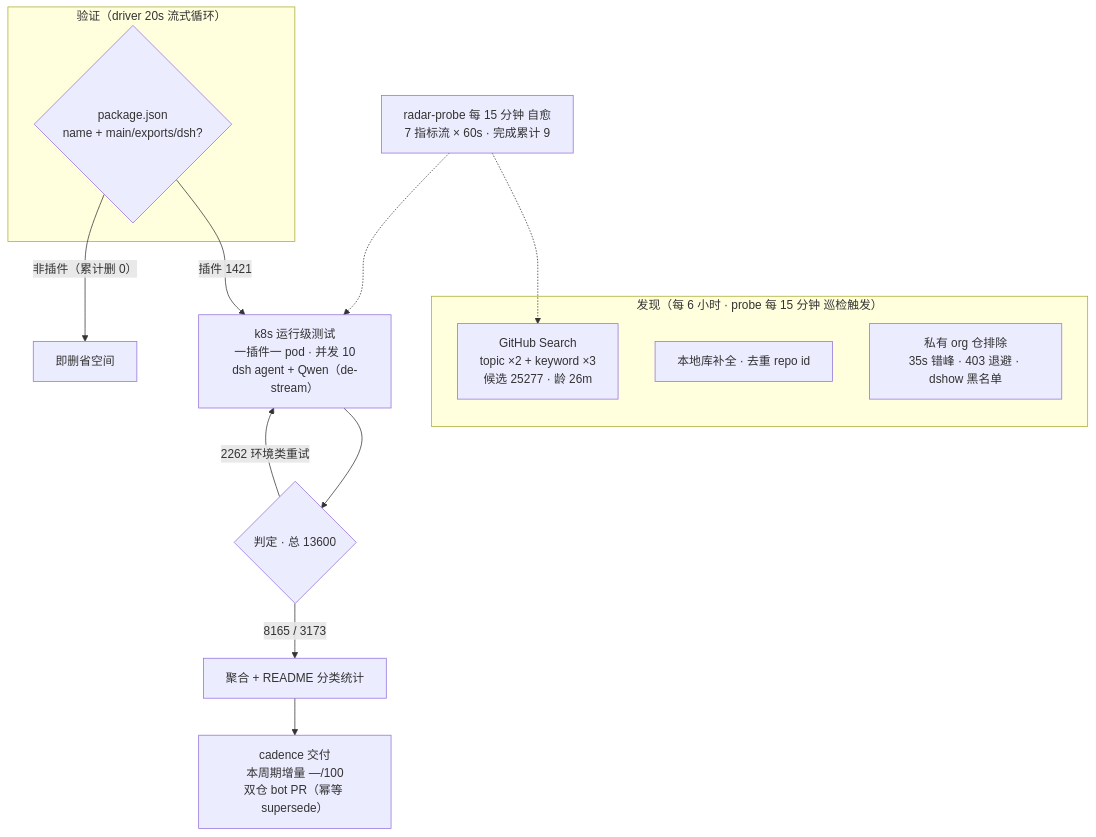
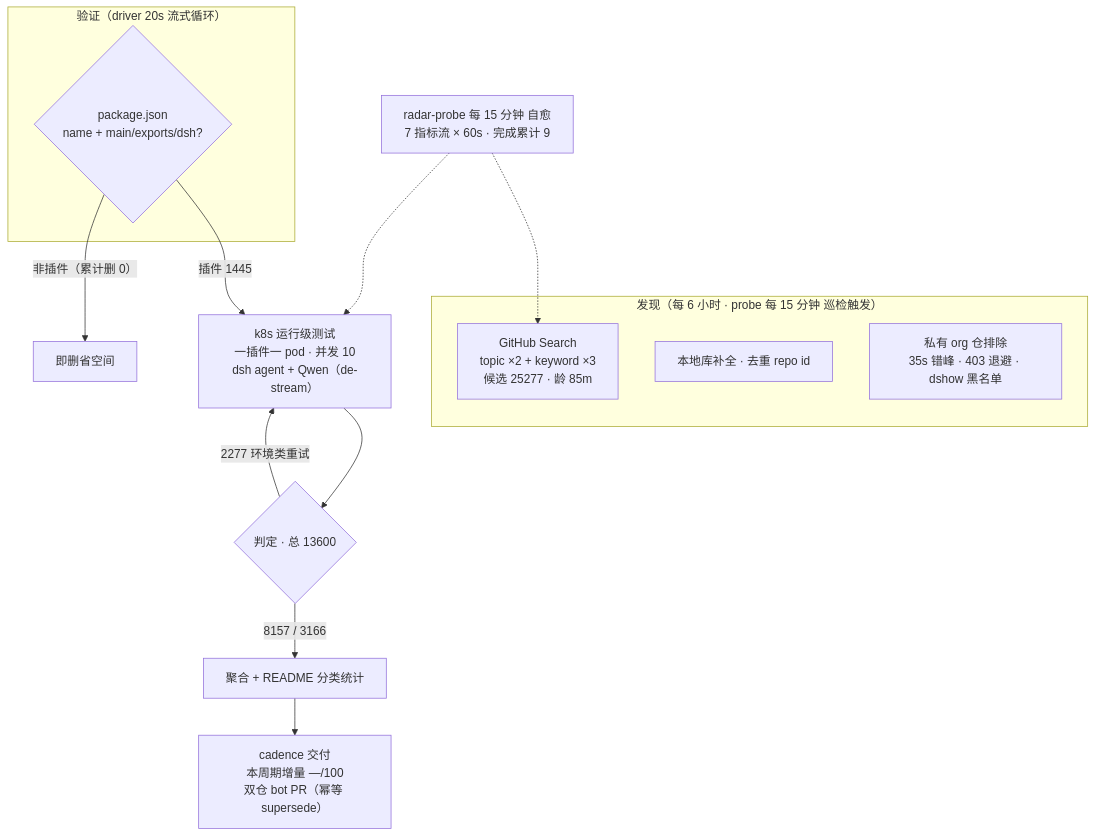
The diagram in README.md (Zhidao-Lab-OSS/awesome-dsh-plugins), drawn with Mermaid before and after one commit. The commit also changed other lines of this file and 1 other file, not shown here.

````diff
--- a/README.md
+++ b/README.md
@@ -99,20 +99,20 @@
 ```mermaid
 flowchart TB
     subgraph Discovery["发现（每 6 小时 · probe 每 15 分钟 巡检触发）"]
-        A1["GitHub Search<br/>topic ×2 + keyword ×3<br/>候选 25277 · 龄 26m"]
+        A1["GitHub Search<br/>topic ×2 + keyword ×3<br/>候选 25277 · 龄 85m"]
         A2["本地库补全 · 去重 repo id"]
         A3["私有 org 仓排除<br/>35s 错峰 · 403 退避 · dshow 黑名单"]
     end
     subgraph Validation["验证（driver 20s 流式循环）"]
         B1{"package.json<br/>name + main/exports/dsh?"}
     end
-    B1 -->|"插件 1421"| C1["k8s 运行级测试<br/>一插件一 pod · 并发 10<br/>dsh agent + Qwen（de-stream）"]
+    B1 -->|"插件 1445"| C1["k8s 运行级测试<br/>一插件一 pod · 并发 10<br/>dsh agent + Qwen（de-stream）"]
     B1 -->|"非插件（累计删 0）"| B3["即删省空间"]
     C1 --> D1{"判定 · 总 13600"}
-    D1 -->|"8165 / 3173"| E1["聚合 + README 分类统计"]
-    D1 -->|"2262 环境类重试"| C1
+    D1 -->|"8157 / 3166"| E1["聚合 + README 分类统计"]
+    D1 -->|"2277 环境类重试"| C1
     E1 --> E2["cadence 交付<br/>本周期增量 —/100<br/>双仓 bot PR（幂等 supersede）"]
     M["radar-probe 每 15 分钟 自愈<br/>7 指标流 × 60s · 完成累计 9"]
     M -.-> A1
     M -.-> C1
 ```
````
